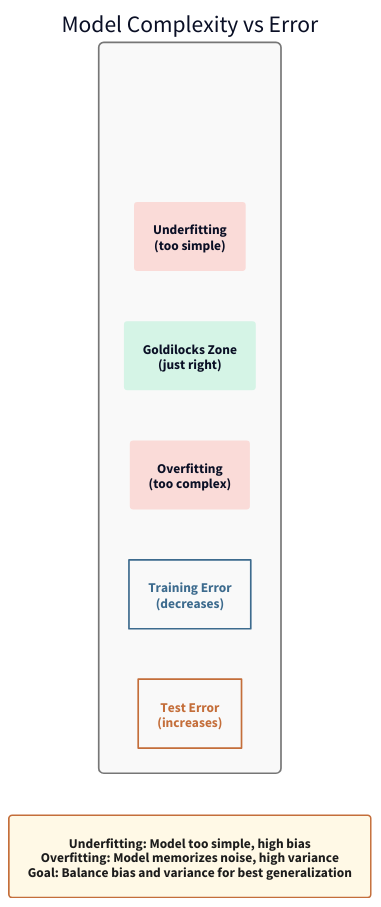
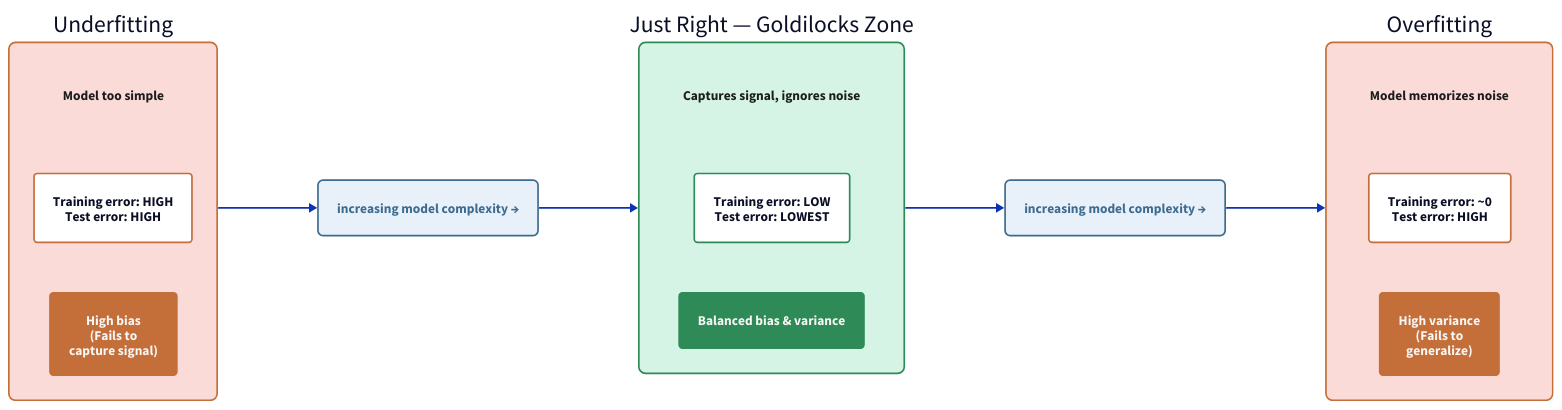
Before and after one commit to dannycab/MSU_REU_ML_course: the diagram in slides/figures/d2/overfitting-underfitting.d2, drawn with D2. The commit also changed 39 other files, not shown here.

```diff
--- a/slides/figures/d2/overfitting-underfitting.d2
+++ b/slides/figures/d2/overfitting-underfitting.d2
@@ -1,57 +1,95 @@
-# Bias-Variance Tradeoff: Model Complexity vs Generalization
-
 direction: right
 
-plot: "Model Complexity vs Error" {
-  style.fill: "#f9f9f9"
-  style.stroke: "#767676"
-  style.border-radius: 6
+# Three model-complexity regimes, left -> right.
+# Read the error rows top-to-bottom across the boxes:
+#   training error falls monotonically (HIGH -> LOW -> ~0)
+#   test error is U-shaped (HIGH -> LOWEST -> HIGH)  <- the whole point
 
-  axes: "" {
-    style.fill: "transparent"
-    style.stroke: "transparent"
+underfit: "Underfitting" {
+  direction: down
+  style.fill: "#FADBD8"
+  style.stroke: "#C46E3A"
+  style.border-radius: 8
+
+  cause: "Model too simple" {
+    style.fill: transparent
+    style.stroke: transparent
+    style.font-color: "#1C1C1C"
   }
-
-  # Regions
-  underfit_zone: "Underfitting\n(too simple)" {
-    style.fill: "#fadbd8"
-    style.stroke: "transparent"
+  errs: "Training error: HIGH\nTest error: HIGH" {
+    style.fill: "#FFFFFF"
+    style.stroke: "#C46E3A"
     style.border-radius: 4
   }
-
-  goldilocks: "Goldilocks Zone\n(just right)" {
-    style.fill: "#d5f4e6"
-    style.stroke: "transparent"
+  diag: "High bias\n(Fails to\ncapture signal)" {
+    style.fill: "#C46E3A"
+    style.stroke: "#C46E3A"
+    style.font-color: "#F7F7F5"
     style.border-radius: 4
-  }
-
-  overfit_zone: "Overfitting\n(too complex)" {
-    style.fill: "#fadbd8"
-    style.stroke: "transparent"
-    style.border-radius: 4
-  }
-
-  # Curve elements
-  train_curve: "Training Error\n(decreases)" {
-    style.fill: "transparent"
-    style.stroke: "#3D6B8E"
-    style.stroke-width: 2
-    style.font-color: "#3D6B8E"
-  }
-
-  test_curve: "Test Error\n(increases)" {
-    style.fill: "transparent"
-    style.stroke: "#C46E3A"
-    style.stroke-width: 2
-    style.font-color: "#C46E3A"
   }
 }
 
-# Explanation
-explanation: "Underfitting: Model too simple, high bias\nOverfitting: Model memorizes noise, high variance\nGoal: Balance bias and variance for best generalization" {
-  style.fill: "#fff9e6"
+goldilocks: "Just Right — Goldilocks Zone" {
+  direction: down
+  style.fill: "#D5F4E6"
+  style.stroke: "#2E8B57"
+  style.border-radius: 8
+
+  cause: "Captures signal, ignores noise" {
+    style.fill: transparent
+    style.stroke: transparent
+    style.font-color: "#1C1C1C"
+  }
+  errs: "Training error: LOW\nTest error: LOWEST" {
+    style.fill: "#FFFFFF"
+    style.stroke: "#2E8B57"
+    style.border-radius: 4
+  }
+  diag: "Balanced bias & variance" {
+    style.fill: "#2E8B57"
+    style.stroke: "#2E8B57"
+    style.font-color: "#F7F7F5"
+    style.border-radius: 4
+  }
+}
+
+overfit: "Overfitting" {
+  direction: down
+  style.fill: "#FADBD8"
   style.stroke: "#C46E3A"
-  style.font-color: "#1C1C1C"
-  style.border-radius: 4
-  style.stroke-width: 2
+  style.border-radius: 8
+
+  cause: "Model memorizes noise" {
+    style.fill: transparent
+    style.stroke: transparent
+    style.font-color: "#1C1C1C"
+  }
+  errs: "Training error: ~0\nTest error: HIGH" {
+    style.fill: "#FFFFFF"
+    style.stroke: "#C46E3A"
+    style.border-radius: 4
+  }
+  diag: "High variance\n(Fails to\ngeneralize)" {
+    style.fill: "#C46E3A"
+    style.stroke: "#C46E3A"
+    style.font-color: "#F7F7F5"
+    style.border-radius: 4
+  }
 }
+
+arrow1: "increasing model complexity →" {
+  style.fill: "#E8F1FA"
+  style.stroke: "#3D6B8E"
+  style.font-color: "#3D6B8E"
+  style.border-radius: 6
+}
+
+arrow2: "increasing model complexity →" {
+  style.fill: "#E8F1FA"
+  style.stroke: "#3D6B8E"
+  style.font-color: "#3D6B8E"
+  style.border-radius: 6
+}
+
+underfit -> arrow1 -> goldilocks
+goldilocks -> arrow2 -> overfit
```
